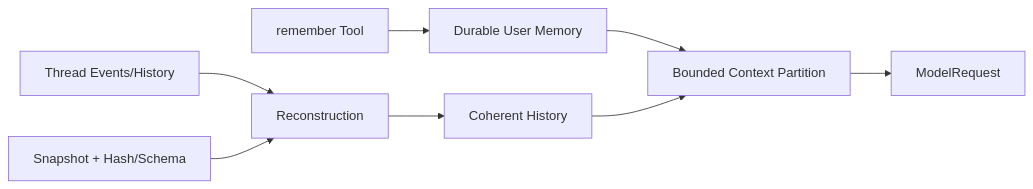
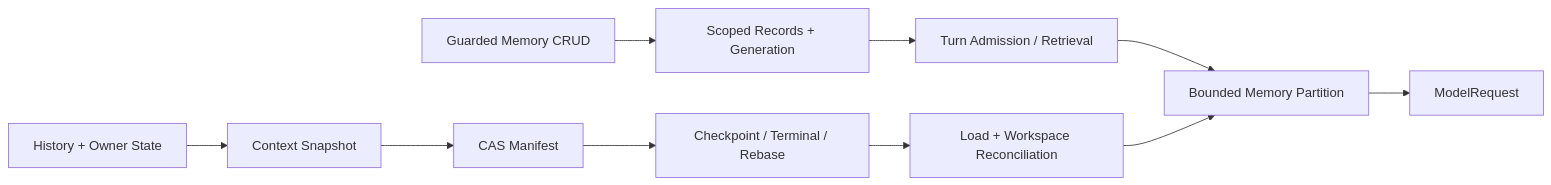
One commit to fwtllh-png/CodeHelper changed the diagram in docs/book/zh-CN/05-context-engineering/05-memory-and-snapshot.md. Above: the diagram before and after it, drawn with Mermaid. The commit also changed other lines of this file and 125 other files, not shown here.

Commit message:
feat(context): implement durable session context optimization

````diff
--- a/docs/book/zh-CN/05-context-engineering/05-memory-and-snapshot.md
+++ b/docs/book/zh-CN/05-context-engineering/05-memory-and-snapshot.md
@@ -53,10 +64,12 @@
 ```mermaid
 flowchart LR
-    U[remember Tool] --> M[Durable User Memory]
-    M --> C[Bounded Context Partition]
-    H[Thread Events/History] --> R[Reconstruction]
-    S[Snapshot + Hash/Schema] --> R
-    R --> H2[Coherent History]
-    H2 --> C
+    U[Guarded Memory CRUD] --> M[Scoped Records + Generation]
+    M --> A[Turn Admission / Retrieval]
+    A --> C[Bounded Memory Partition]
+    H[History + Owner State] --> S[Context Snapshot]
+    S --> F[CAS Manifest]
+    F --> K[Checkpoint / Terminal / Rebase]
+    K --> R[Load + Workspace Reconciliation]
+    R --> C
     C --> Q[ModelRequest]
 ```
````
